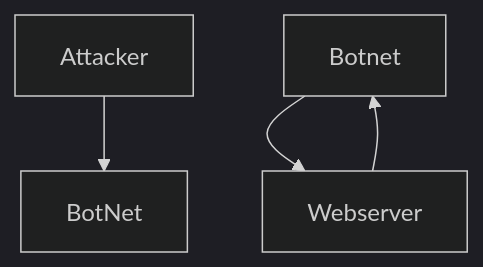
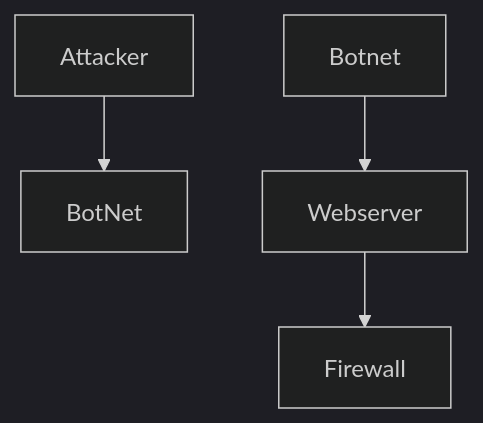
The diagram in DDoS_Attack_Sequence.md (G-Marotta/Flowchart), drawn with Mermaid (dark theme) before and after one commit.

````diff
--- a/DDoS_Attack_Sequence.md
+++ b/DDoS_Attack_Sequence.md
@@ -2,6 +2,6 @@
 ```mermaid
   graph TD;
       Attacker-->BotNet;
       Botnet-->Webserver;
-      Webserver-->Botnet;
+      Webserver-->Firewall;
 ```
````
